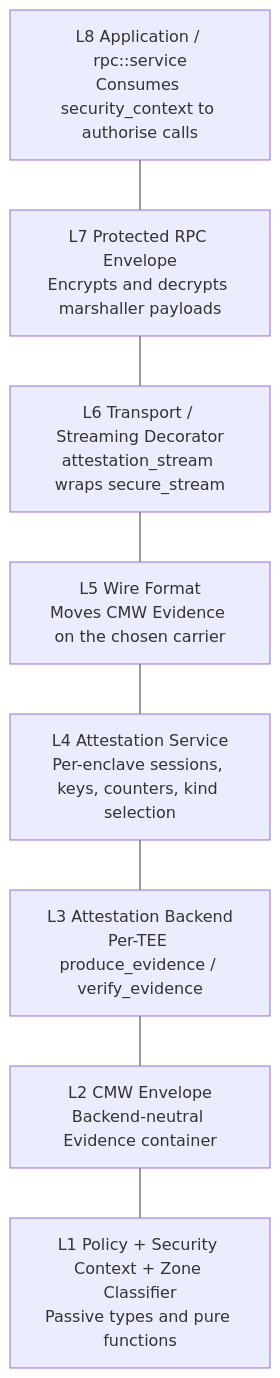
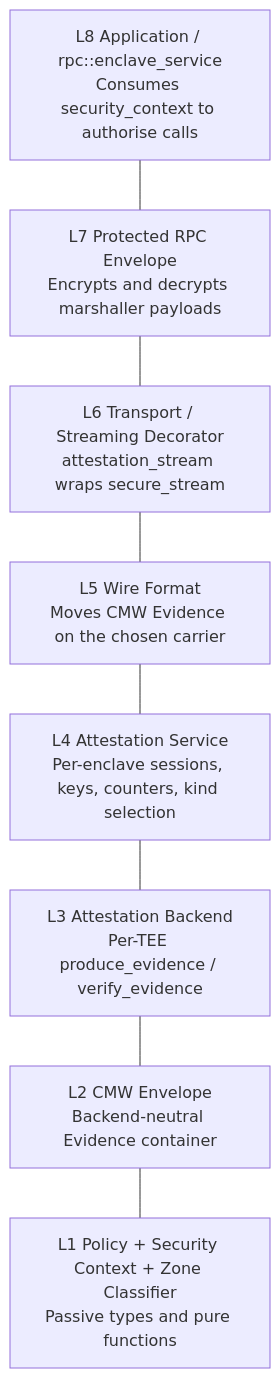
The first of 3 diagrams in documents/security/attestation/implementation-plan.md (edwardbr/Canopy), drawn with Mermaid before and after one commit. The commit also changed other lines of this file and 5 other files, not shown here.

Commit message:
Added security context to the enclave service

````diff
--- a/documents/security/attestation/implementation-plan.md
+++ b/documents/security/attestation/implementation-plan.md
@@ -154,20 +159,20 @@
 ```mermaid
 flowchart TD
-    L8["L8 Application / rpc::service<br/>Consumes security_context to authorise calls"]
+    L8["L8 Application / rpc::enclave_service<br/>Consumes security_context to authorise calls"]
     L7["L7 Protected RPC Envelope<br/>Encrypts and decrypts marshaller payloads"]
     L6["L6 Transport / Streaming Decorator<br/>attestation_stream wraps secure_stream"]
     L5["L5 Wire Format<br/>Moves CMW Evidence on the chosen carrier"]
     L4["L4 Attestation Service<br/>Per-enclave sessions, keys, counters, kind selection"]
     L3["L3 Attestation Backend<br/>Per-TEE produce_evidence / verify_evidence"]
     L2["L2 CMW Envelope<br/>Backend-neutral Evidence container"]
     L1["L1 Policy + Security Context + Zone Classifier<br/>Passive types and pure functions"]
 
     %% Visual stack order only. The dependency graph below is authoritative.
     L8 --- L7
     L7 --- L6
     L6 --- L5
     L5 --- L4
     L4 --- L3
     L3 --- L2
     L2 --- L1
 ```
````
